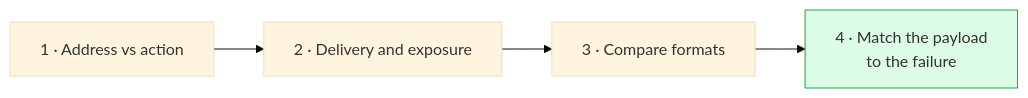
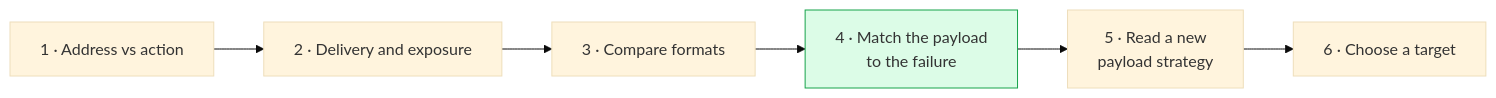
Before and after one commit to jasonLaster/oncoguide: the diagram in wiki/education/guides/aiming-a-drug-at-a-surface-target/04-match-the-payload-to-the-failure.md, drawn with Mermaid (base theme). The commit also changed 527 other files, not shown here.

````diff
--- a/wiki/education/guides/aiming-a-drug-at-a-surface-target/04-match-the-payload-to-the-failure.md
+++ b/wiki/education/guides/aiming-a-drug-at-a-surface-target/04-match-the-payload-to-the-failure.md
@@ -40,7 +40,9 @@
 ```mermaid
 flowchart LR
  A["1 · Address vs action"] --> B["2 · Delivery and exposure"]
  B --> C["3 · Compare formats"]
  C --> D["4 · Match the payload<br/>to the failure"]
+ D --> E["5 · Read a new<br/>payload strategy"]
+ E --> F["6 · Choose a target"]
  style D fill:#dcfce7,stroke:#16a34a
 ```
````
